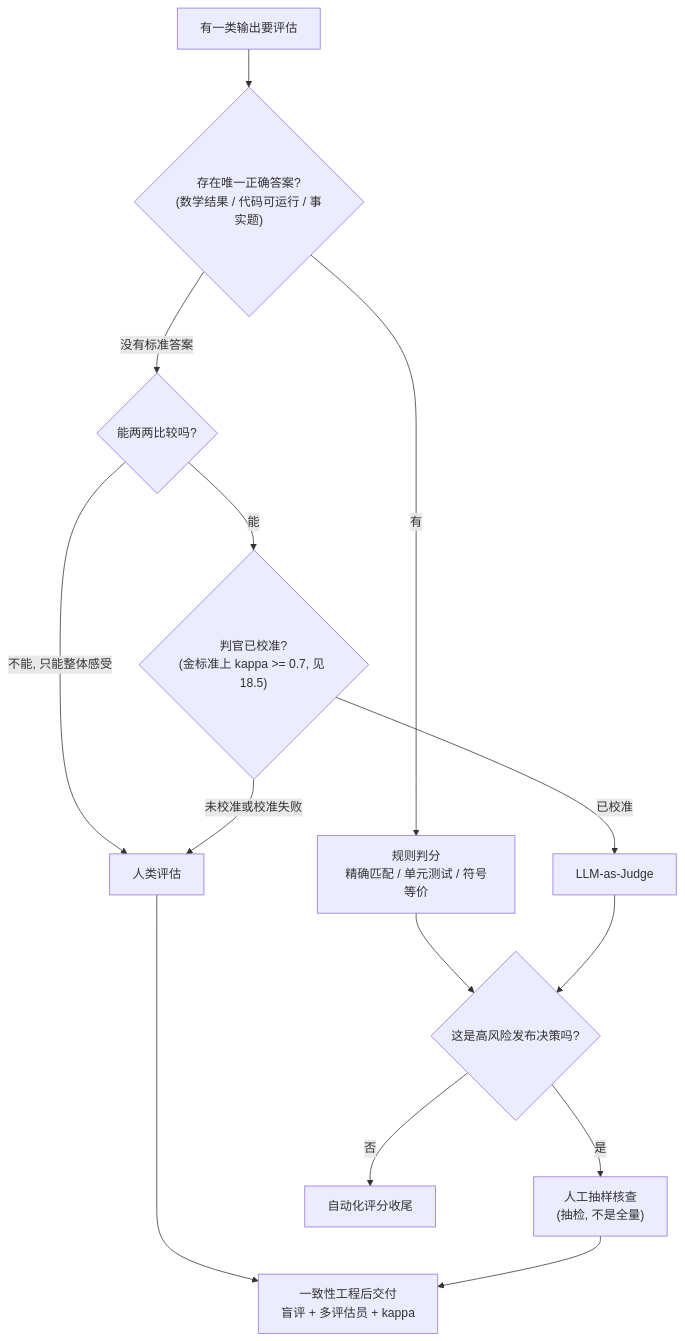
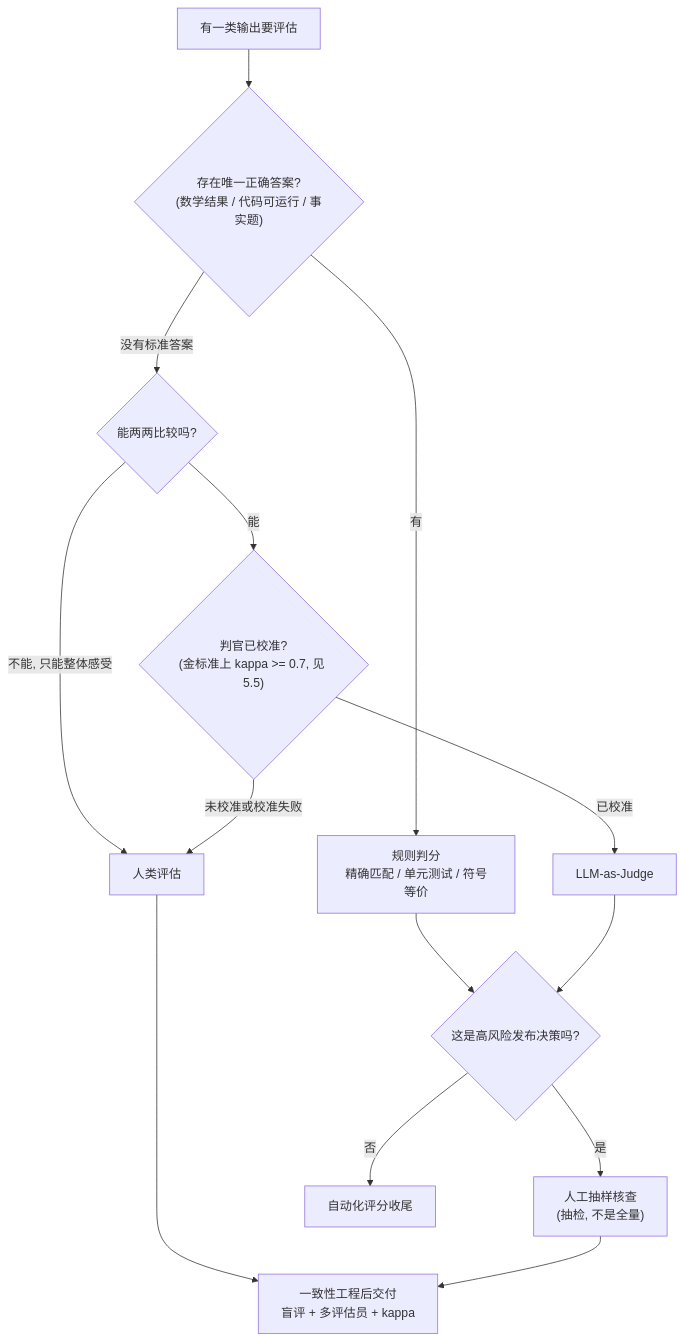
One commit to zenHeart/evals changed the first of 2 diagrams in book/chapters/chapter-06-human-evaluation.md. Above: the diagram before and after it, drawn with Mermaid. The commit also changed other lines of this file and 137 other files, not shown here.

````diff
--- a/book/chapters/chapter-06-human-evaluation.md
+++ b/book/chapters/chapter-06-human-evaluation.md
@@ -26,16 +26,16 @@
 ```mermaid
 flowchart TD
     A["有一类输出要评估"] --> B{"存在唯一正确答案?<br/>(数学结果 / 代码可运行 / 事实题)"}
     B -- "有" --> C["规则判分<br/>精确匹配 / 单元测试 / 符号等价"]
     B -- "没有标准答案" --> D{"能两两比较吗?"}
     D -- "不能, 只能整体感受" --> H["人类评估"]
-    D -- "能" --> E{"判官已校准?<br/>(金标准上 kappa >= 0.7, 见 18.5)"}
+    D -- "能" --> E{"判官已校准?<br/>(金标准上 kappa >= 0.7, 见 5.5)"}
     E -- "已校准" --> F["LLM-as-Judge"]
     E -- "未校准或校准失败" --> H
     C --> G{"这是高风险发布决策吗?"}
     F --> G
     G -- "是" --> H2["人工抽样核查<br/>(抽检, 不是全量)"]
     G -- "否" --> I["自动化评分收尾"]
     H --> J["一致性工程后交付<br/>盲评 + 多评估员 + kappa"]
     H2 --> J
 ```
````
